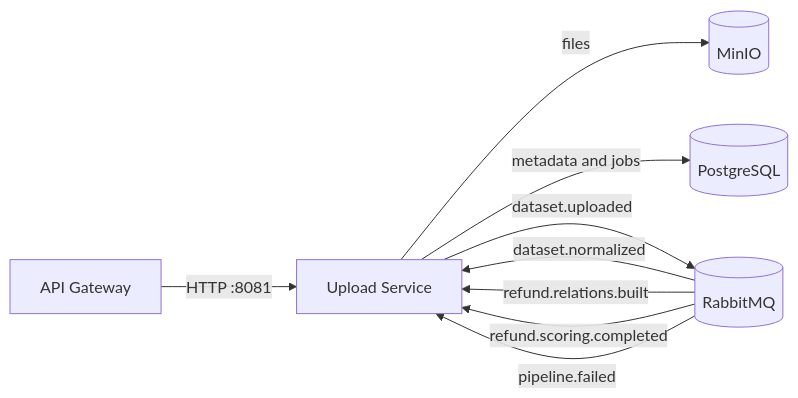
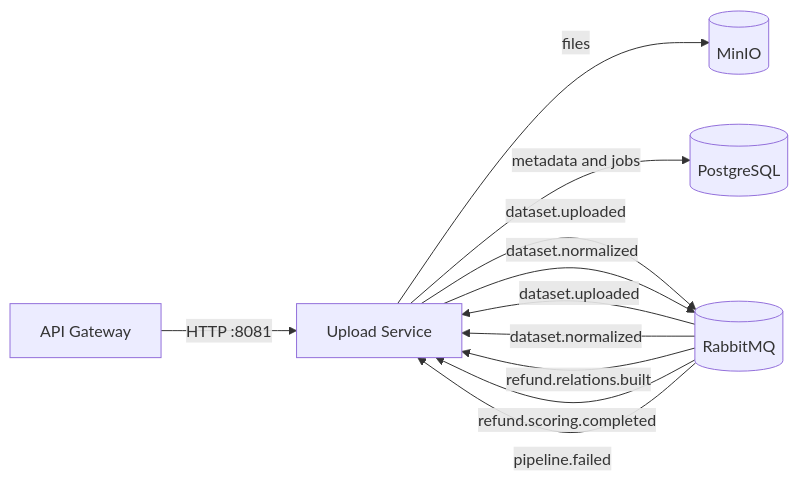
Before and after one commit to suxarikiii/Anti-Fraud-Detector: the first of 2 diagrams in backend/upload-service/README.md, drawn with Mermaid. The commit also changed other lines of this file and 37 other files, not shown here.

Commit message:
Complete frontend investigation flow and dataset pipeline

````diff
--- a/backend/upload-service/README.md
+++ b/backend/upload-service/README.md
@@ -15,11 +16,13 @@
 ```mermaid
 flowchart LR
     Gateway[API Gateway] -->|HTTP :8081| Upload[Upload Service]
     Upload -->|files| MinIO[(MinIO)]
     Upload -->|metadata and jobs| DB[(PostgreSQL)]
     Upload -->|dataset.uploaded| MQ[(RabbitMQ)]
+    MQ -->|dataset.uploaded| Upload
+    Upload -->|dataset.normalized| MQ
     MQ -->|dataset.normalized| Upload
     MQ -->|refund.relations.built| Upload
     MQ -->|refund.scoring.completed| Upload
     MQ -->|pipeline.failed| Upload
 ```
````
